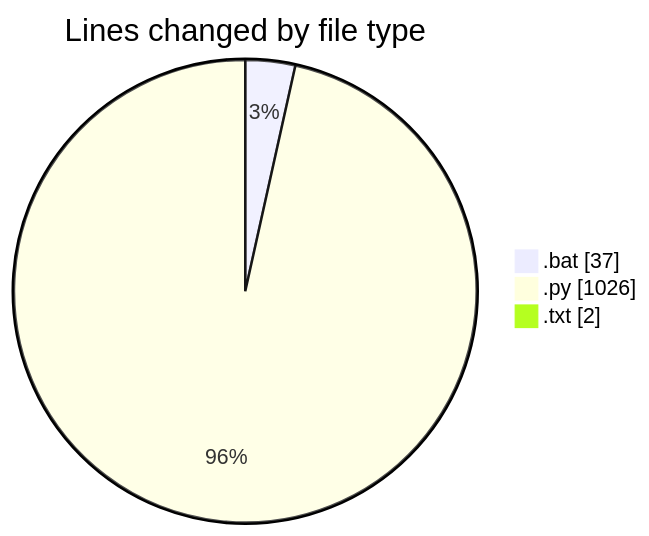
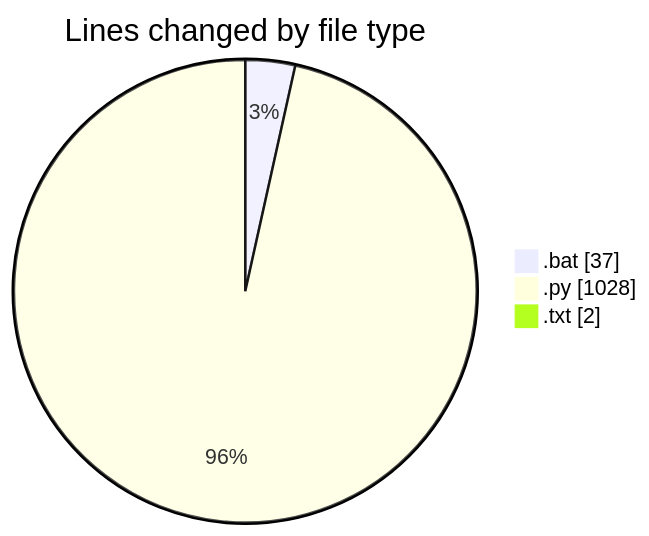
One commit to FelipKnott/code-tracking changed the first of 2 diagrams in 2025-07-04/cursor/README.md. Above: the diagram before and after it, drawn with Mermaid. The commit also changed other lines of this file and 1 other file, not shown here.

````diff
--- a/2025-07-04/cursor/README.md
+++ b/2025-07-04/cursor/README.md
@@ -35,7 +35,7 @@
 ```mermaid
 pie showData
 title Lines changed by file type
 ".bat" : 37
-".py" : 1026
+".py" : 1028
 ".txt" : 2
 ```
````
